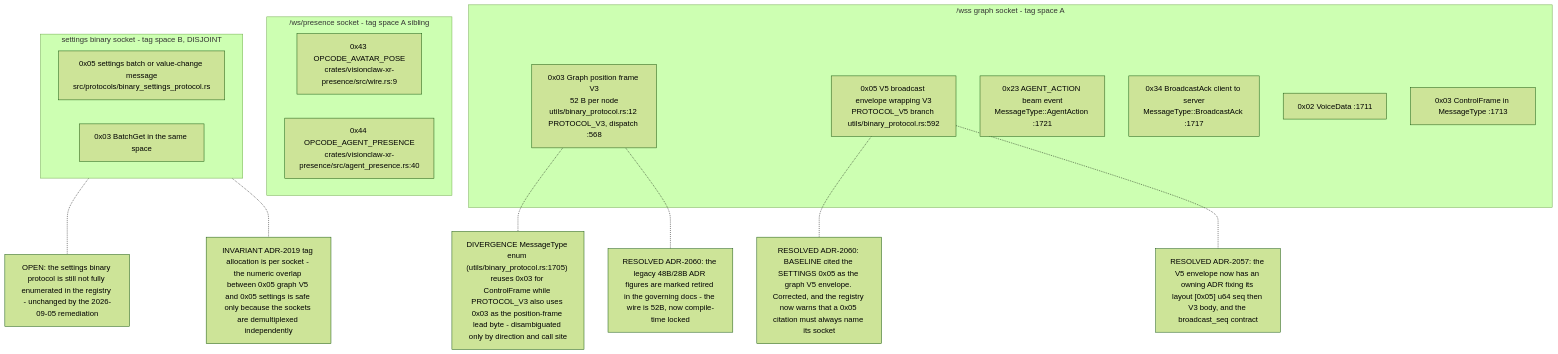
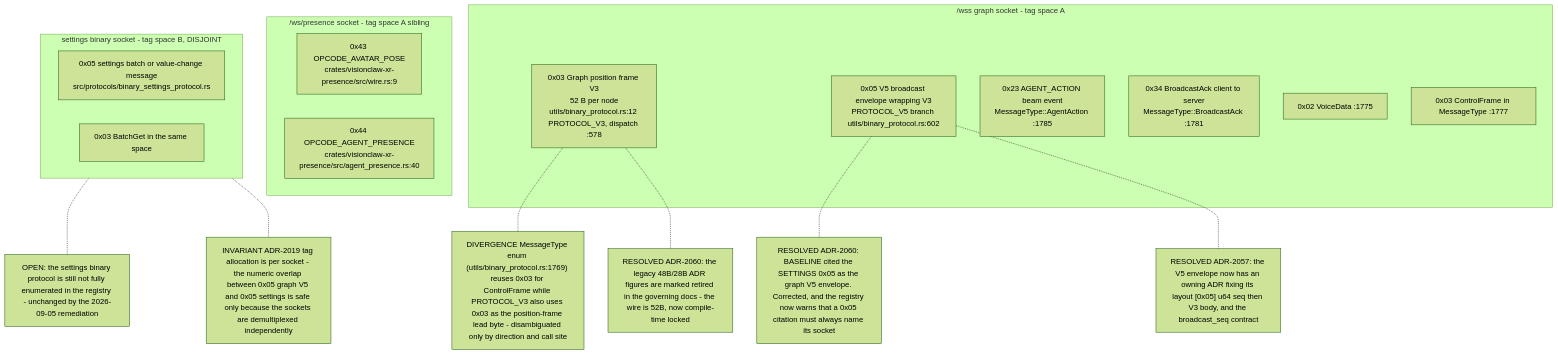
Before and after one commit to DreamLab-AI/VisionFlow: the third of 9 diagrams in docs/diagrams/visionclaw/14-wire-frames-and-tag-registry.md, drawn with Mermaid (forest theme). The commit also changed other lines of this file and 32 other files, not shown here.

````diff
--- a/docs/diagrams/visionclaw/14-wire-frames-and-tag-registry.md
+++ b/docs/diagrams/visionclaw/14-wire-frames-and-tag-registry.md
@@ -102,32 +102,32 @@
 ```mermaid
 flowchart TD
     subgraph GRAPH["/wss graph socket - tag space A"]
-        T03["0x03 Graph position frame V3<br/>52 B per node<br/>utils/binary_protocol.rs:12 PROTOCOL_V3, dispatch :568"]
-        T05["0x05 V5 broadcast envelope wrapping V3<br/>PROTOCOL_V5 branch utils/binary_protocol.rs:592"]
-        T23["0x23 AGENT_ACTION beam event<br/>MessageType::AgentAction :1721"]
-        T34["0x34 BroadcastAck client to server<br/>MessageType::BroadcastAck :1717"]
-        T02["0x02 VoiceData :1711"]
-        T03c["0x03 ControlFrame in MessageType :1713"]
+        T03["0x03 Graph position frame V3<br/>52 B per node<br/>utils/binary_protocol.rs:12 PROTOCOL_V3, dispatch :578"]
+        T05["0x05 V5 broadcast envelope wrapping V3<br/>PROTOCOL_V5 branch utils/binary_protocol.rs:602"]
+        T23["0x23 AGENT_ACTION beam event<br/>MessageType::AgentAction :1785"]
+        T34["0x34 BroadcastAck client to server<br/>MessageType::BroadcastAck :1781"]
+        T02["0x02 VoiceData :1775"]
+        T03c["0x03 ControlFrame in MessageType :1777"]
     end
     subgraph PRESENCE["/ws/presence socket - tag space A sibling"]
         T43["0x43 OPCODE_AVATAR_POSE<br/>crates/visionclaw-xr-presence/src/wire.rs:9"]
         T44["0x44 OPCODE_AGENT_PRESENCE<br/>crates/visionclaw-xr-presence/src/agent_presence.rs:40"]
     end
     subgraph SETTINGS["settings binary socket - tag space B, DISJOINT"]
         S05["0x05 settings batch or value-change message<br/>src/protocols/binary_settings_protocol.rs"]
         S03["0x03 BatchGet in the same space"]
     end
 
     N1["INVARIANT ADR-2019 tag allocation is per socket - the numeric overlap between 0x05 graph V5 and 0x05 settings is safe only because the sockets are demultiplexed independently"]
     N2["RESOLVED ADR-2060: BASELINE cited the SETTINGS 0x05 as the graph V5 envelope. Corrected, and the registry now warns that a 0x05 citation must always name its socket"]
-    N3["DIVERGENCE MessageType enum (utils/binary_protocol.rs:1705) reuses 0x03 for ControlFrame while PROTOCOL_V3 also uses 0x03 as the position-frame lead byte - disambiguated only by direction and call site"]
+    N3["DIVERGENCE MessageType enum (utils/binary_protocol.rs:1769) reuses 0x03 for ControlFrame while PROTOCOL_V3 also uses 0x03 as the position-frame lead byte - disambiguated only by direction and call site"]
     N4["RESOLVED ADR-2057: the V5 envelope now has an owning ADR fixing its layout [0x05] u64 seq then V3 body, and the broadcast_seq contract"]
     N5["OPEN: the settings binary protocol is still not fully enumerated in the registry - unchanged by the 2026-09-05 remediation"]
     N6["RESOLVED ADR-2060: the legacy 48B/28B ADR figures are marked retired in the governing docs - the wire is 52B, now compile-time locked"]
     T05 -.- N2
     T03 -.- N3
     T05 -.- N4
     SETTINGS -.- N5
     T03 -.- N6
     SETTINGS -.- N1
 ```
````
